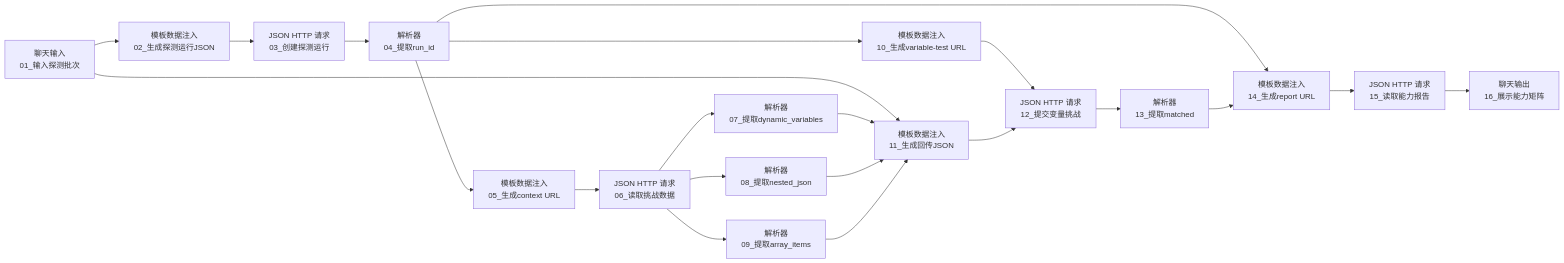
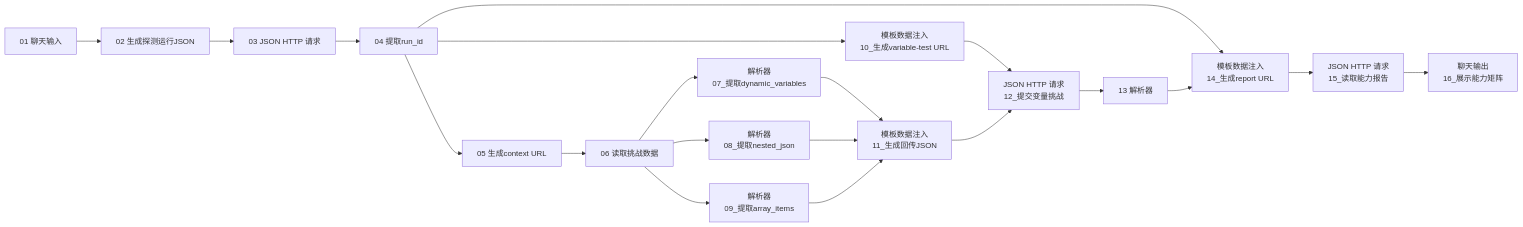
Before and after one commit to jsdfhasuh/moldguard-django-server: the diagram in docs/比赛平台_独立流程/01_流程00_平台能力探测.md, drawn with Mermaid. The commit also changed other lines of this file and 8 other files, not shown here.

Commit message:
docs: align competition flows with platform deployment

````diff
--- a/docs/比赛平台_独立流程/01_流程00_平台能力探测.md
+++ b/docs/比赛平台_独立流程/01_流程00_平台能力探测.md
@@ -38,23 +41,23 @@
 ```mermaid
 flowchart LR
-    A["聊天输入<br/>01_输入探测批次"] --> B["模板数据注入<br/>02_生成探测运行JSON"]
-    B --> C["JSON HTTP 请求<br/>03_创建探测运行"]
-    C --> D["解析器<br/>04_提取run_id"]
-    D --> E["模板数据注入<br/>05_生成context URL"]
-    E --> F["JSON HTTP 请求<br/>06_读取挑战数据"]
+    A["01 聊天输入"] --> B["02 生成探测运行JSON"]
+    B --> C["03 JSON HTTP 请求"]
+    C --> D["04 提取run_id"]
+    D --> E["05 生成context URL"]
+    E --> F["06 读取挑战数据"]
     F --> G1["解析器<br/>07_提取dynamic_variables"]
     F --> G2["解析器<br/>08_提取nested_json"]
     F --> G3["解析器<br/>09_提取array_items"]
     D --> H["模板数据注入<br/>10_生成variable-test URL"]
-    A --> I["模板数据注入<br/>11_生成回传JSON"]
+    I["模板数据注入<br/>11_生成回传JSON"]
     G1 --> I
     G2 --> I
     G3 --> I
     H --> J["JSON HTTP 请求<br/>12_提交变量挑战"]
     I --> J
-    J --> K["解析器<br/>13_提取matched"]
+    J --> K["13 解析器"]
     D --> L["模板数据注入<br/>14_生成report URL"]
     K --> L
     L --> M["JSON HTTP 请求<br/>15_读取能力报告"]
     M --> N["聊天输出<br/>16_展示能力矩阵"]
 ```
````
